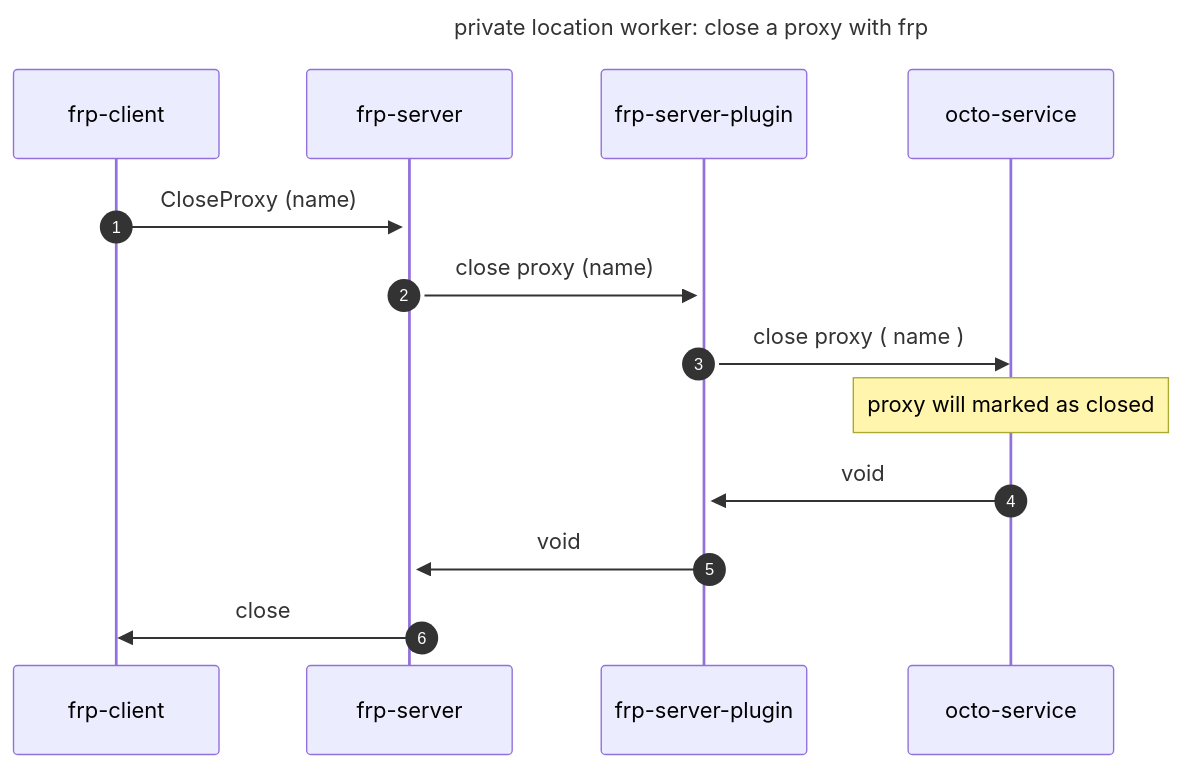
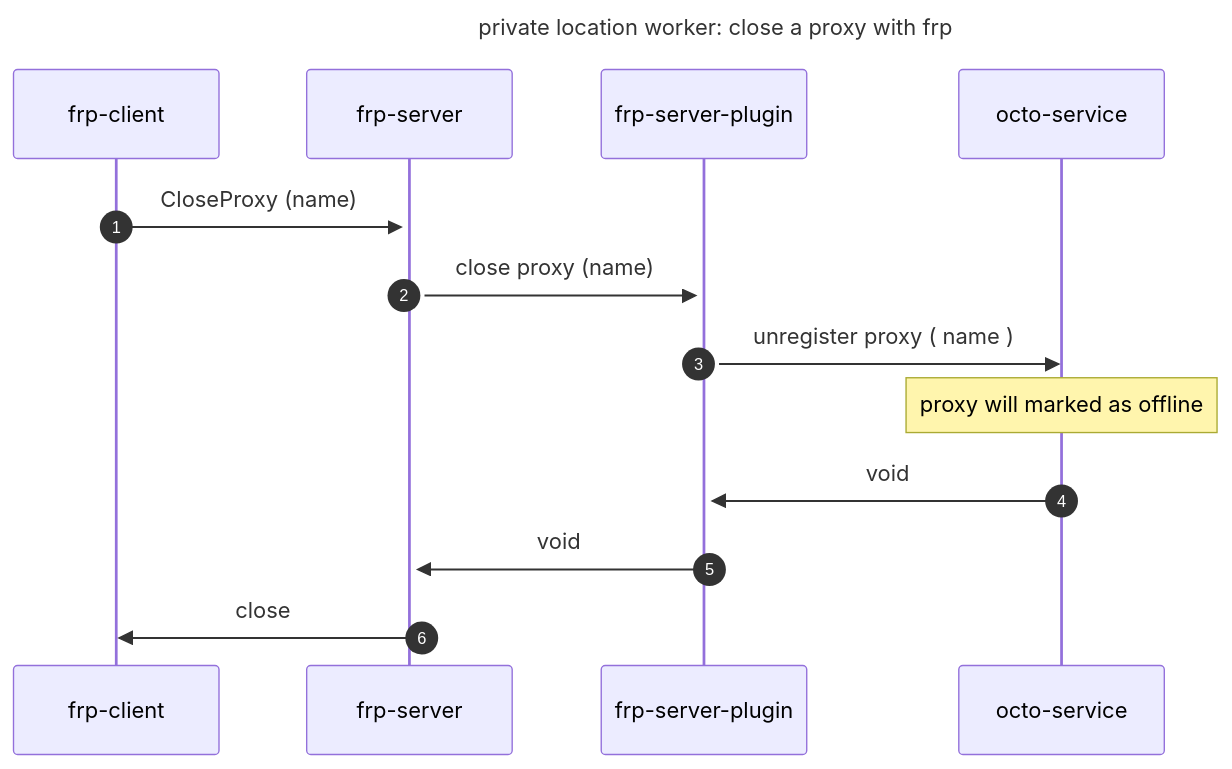
Before and after one commit to OctoMind-dev/private-location-worker: the second of 2 diagrams in README.md, drawn with Mermaid. The commit also changed other lines of this file, not shown here.

Commit message:
- updated flows

````diff
--- a/README.md
+++ b/README.md
@@ -30,12 +30,12 @@
 ```mermaid
 sequenceDiagram
     autonumber
     title: private location worker: close  a proxy with frp
     frp-client->>+frp-server: CloseProxy (name)
     frp-server->>+frp-server-plugin: close proxy (name)
-    frp-server-plugin->>octo-service: close proxy ( name )
-    Note over octo-service: proxy will marked as closed
+    frp-server-plugin->>octo-service: unregister proxy ( name )
+    Note over octo-service: proxy will marked as offline
     octo-service->>frp-server-plugin: void
     frp-server-plugin->>+frp-server: void
     frp-server->>frp-client: close
 ```
````
